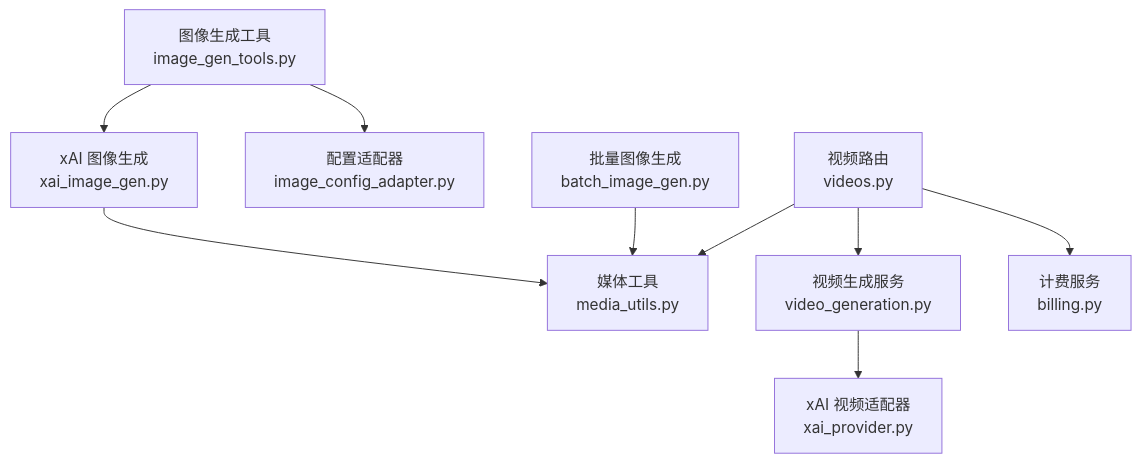
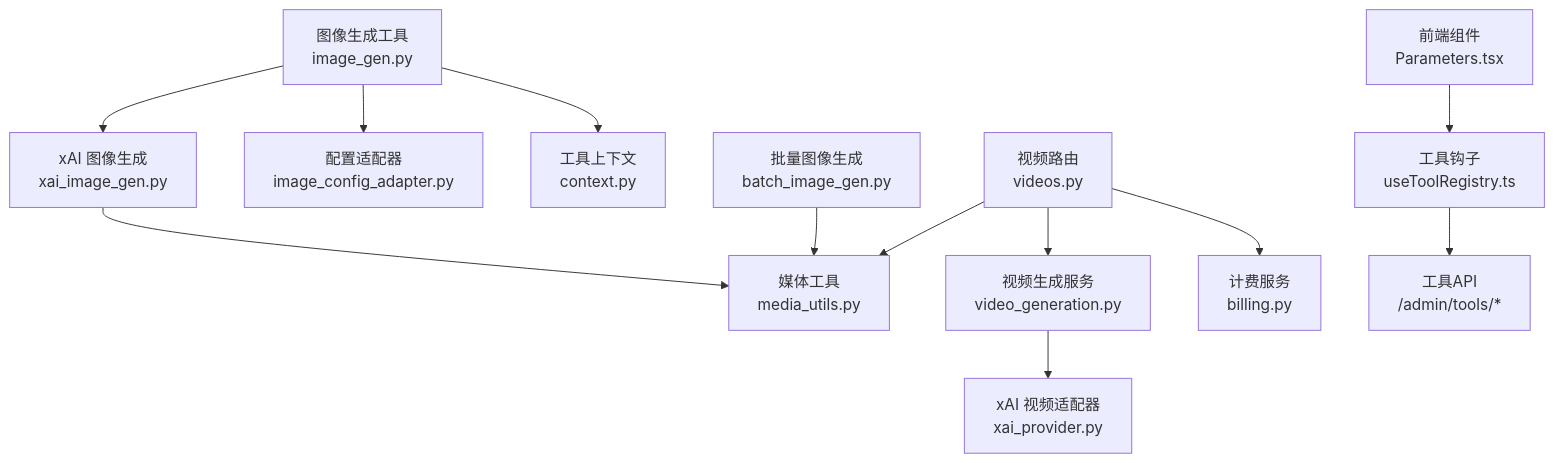
Before and after one commit to KunLabAI/KunFlix: the ninth of 9 diagrams in .qoder/repowiki/zh/content/后端服务架构/业务服务层/媒体生成服务/图像生成系统.md, drawn with Mermaid. The commit also changed other lines of this file and 13 other files, not shown here.

````diff
--- a/.qoder/repowiki/zh/content/后端服务架构/业务服务层/媒体生成服务/图像生成系统.md
+++ b/.qoder/repowiki/zh/content/后端服务架构/业务服务层/媒体生成服务/图像生成系统.md
@@ -339,11 +400,14 @@
 ```mermaid
 graph TB
-Tools["图像生成工具<br/>image_gen_tools.py"] --> XAI["xAI 图像生成<br/>xai_image_gen.py"]
+Tools["图像生成工具<br/>image_gen.py"] --> XAI["xAI 图像生成<br/>xai_image_gen.py"]
 Tools --> Adapter["配置适配器<br/>image_config_adapter.py"]
+Tools --> Context["工具上下文<br/>context.py"]
 XAI --> Media["媒体工具<br/>media_utils.py"]
 Batch["批量图像生成<br/>batch_image_gen.py"] --> Media
 Router["视频路由<br/>videos.py"] --> VGen["视频生成服务<br/>video_generation.py"]
 VGen --> XAIProv["xAI 视频适配器<br/>xai_provider.py"]
 Router --> Billing["计费服务<br/>billing.py"]
 Router --> Media
+Frontend["前端组件<br/>Parameters.tsx"] --> Hook["工具钩子<br/>useToolRegistry.ts"]
+Hook --> API["工具API<br/>/admin/tools/*"]
 ```
````
